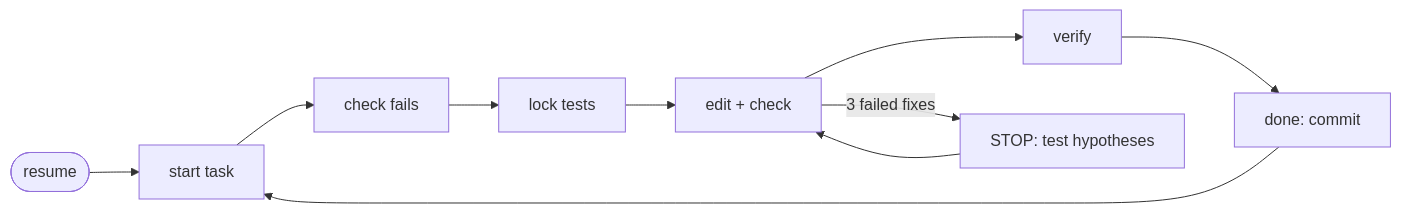
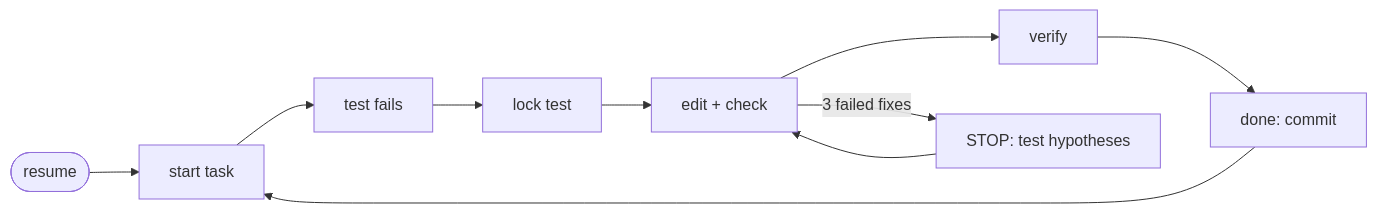
One commit to Nag681/sci-harness changed the diagram in README.md. Above: the diagram before and after it, drawn with Mermaid. The commit also changed other lines of this file, not shown here.

First line of the commit message:
README: centered header with badges, quick start, real output, FAQ

````diff
--- a/README.md
+++ b/README.md
@@ -59,6 +121,6 @@
 ```mermaid
 flowchart LR
-    R([resume]) --> S[start task] --> F[check fails] --> L[lock tests] --> E[edit + check] --> V[verify] --> D["done: commit"]
+    R([resume]) --> S[start task] --> F[test fails] --> L[lock test] --> E[edit + check] --> V[verify] --> D["done: commit"]
     D --> S
     E -- 3 failed fixes --> H["STOP: test hypotheses"] --> E
 ```
````
